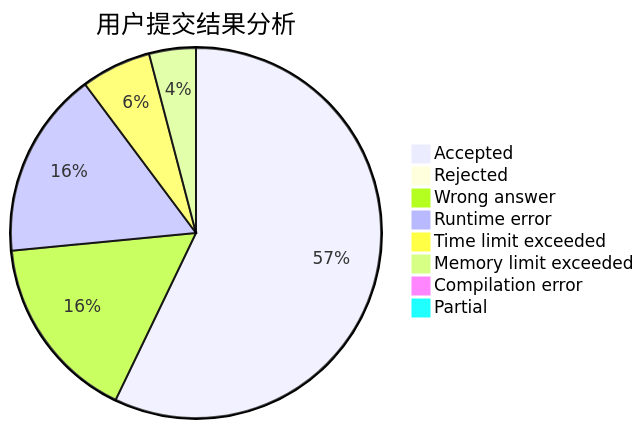
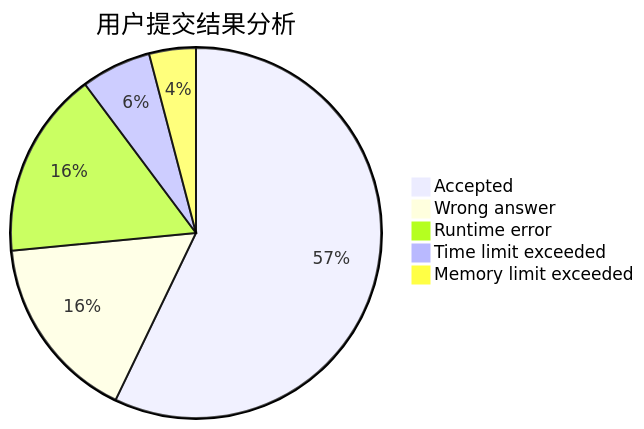
The first of 3 diagrams in docs/user/u1298.md (sherpahu/cfrs.github.io), drawn with Mermaid before and after one commit. The commit also changed 2770 other files, not shown here.

````diff
--- a/docs/user/u1298.md
+++ b/docs/user/u1298.md
@@ -5,11 +5,8 @@
 ```mermaid
 pie title 用户提交结果分析
     "Accepted" :  28
-    "Rejected" :  0
     "Wrong answer" :  8
     "Runtime error" :  8
     "Time limit exceeded" :  3
     "Memory limit exceeded" :  2
-    "Compilation error" :  0
-    "Partial" :  0
 ```
````
